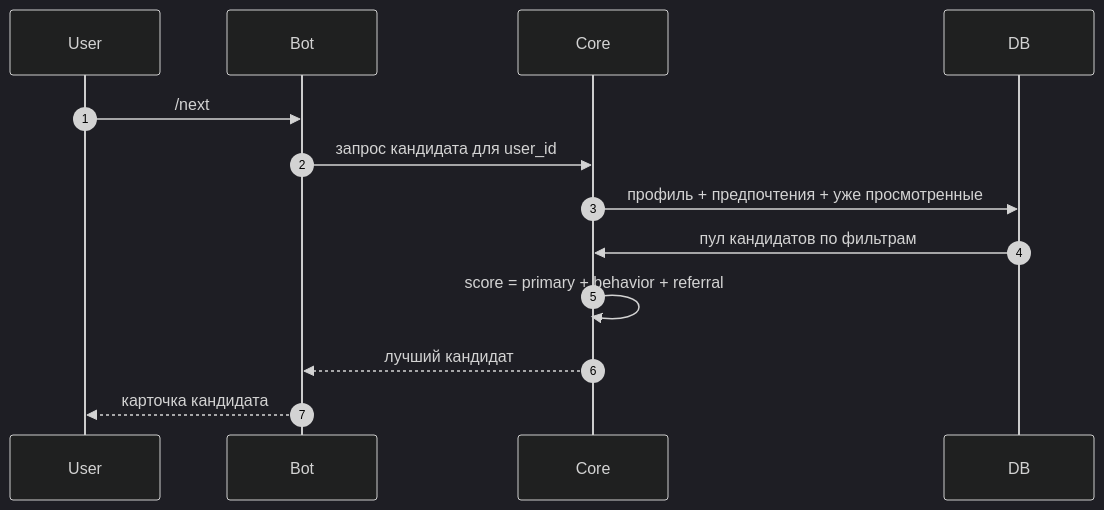
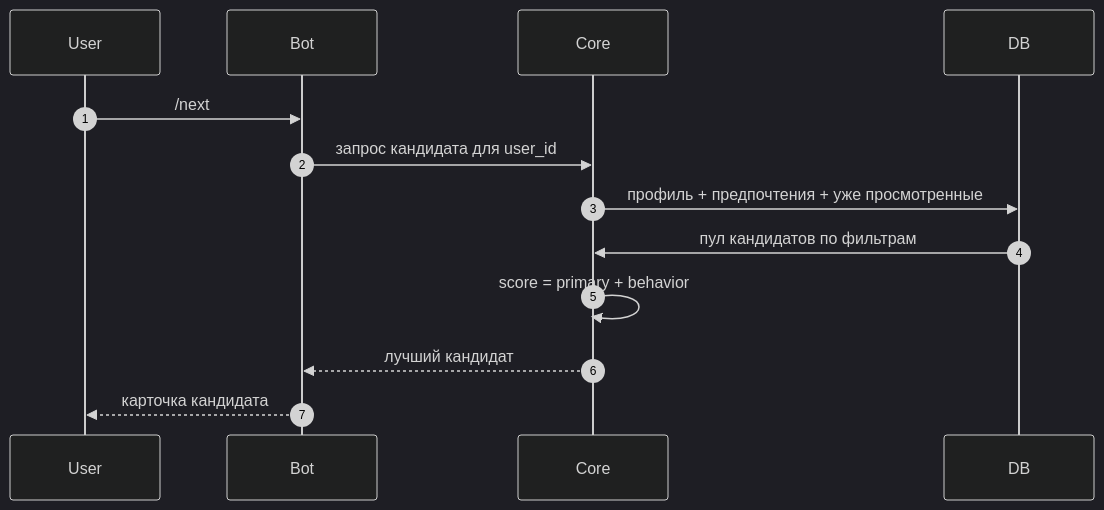
One commit to Gorox2007/TRPO changed the second of 2 diagrams in project/docs/02-architecture.md. Above: the diagram before and after it, drawn with Mermaid (dark theme). The commit also changed other lines of this file and 11 other files, not shown here.

````diff
--- a/project/docs/02-architecture.md
+++ b/project/docs/02-architecture.md
@@ -22,16 +22,16 @@
 ```mermaid
 sequenceDiagram
     autonumber
     participant U as User
     participant B as Bot
     participant C as Core
     participant D as DB
 
     U->>B: /next
     B->>C: запрос кандидата для user_id
     C->>D: профиль + предпочтения + уже просмотренные
     D->>C: пул кандидатов по фильтрам
-    C->>C: score = primary + behavior + referral
+    C->>C: score = primary + behavior
     C-->>B: лучший кандидат
     B-->>U: карточка кандидата
 ```
````
